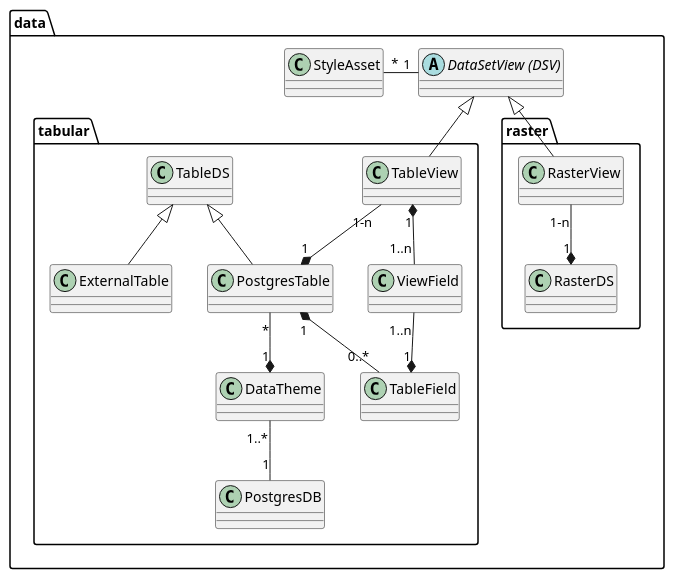
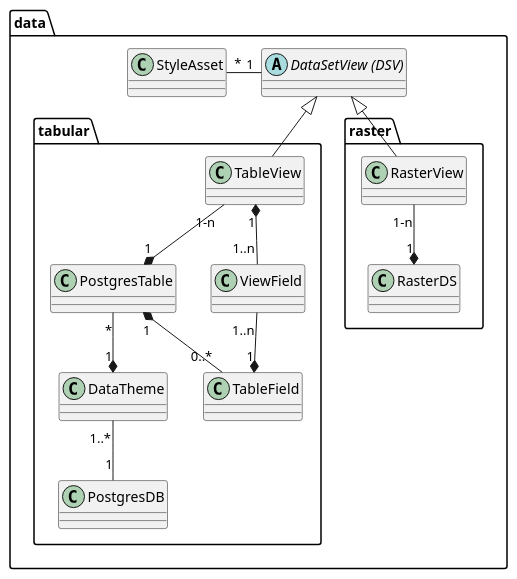
The diagram in modeldoc/resources/data/data.puml (sogis/simi), drawn with PlantUML before and after one commit. The commit also changed 6 other files, not shown here.

```diff
--- a/modeldoc/resources/data/data.puml
+++ b/modeldoc/resources/data/data.puml
@@ -1,43 +1,38 @@
 @startuml
 package data {
 
 	abstract class "DataSetView (DSV)" as dsv
     class "StyleAsset" as sta
 
     package tabular {
         class "TableView" as tv
-        class "TableDS" as tds
         class "PostgresTable" as pt
-        class "ExternalTable" as et
         class "PostgresDB" as pdb
         class "TableField" as tf
         class "ViewField" as vf
         class "DataTheme" as dt
-
-        tds <|-- pt
-        tds <|-- et
 
         tv "1-n" --* "1" pt
 
         pt "*" --* "1" dt
         pt "1" *-- "0..*" tf
 
         tv "1" *-- "1..n" vf
         vf "1..n" --* "1" tf
 
         dt "1..*" -- "1" pdb
     }
 
     package "raster"{
         class "RasterView" as rv
         class "RasterDS" as rds
 
         rv "1-n" --* "1" rds
     }
 
     dsv <|-- tv
     dsv <|-- rv
 
     dsv "1" -left- "*" sta
 }
 @enduml
```
